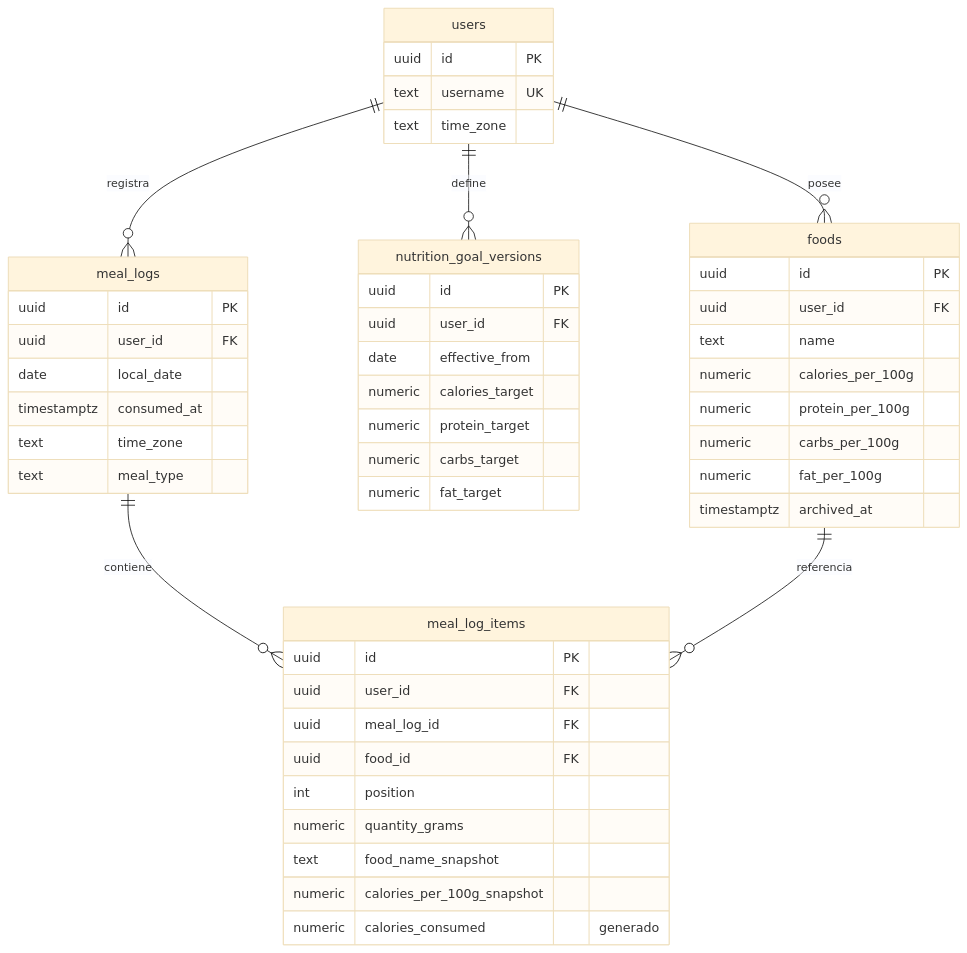
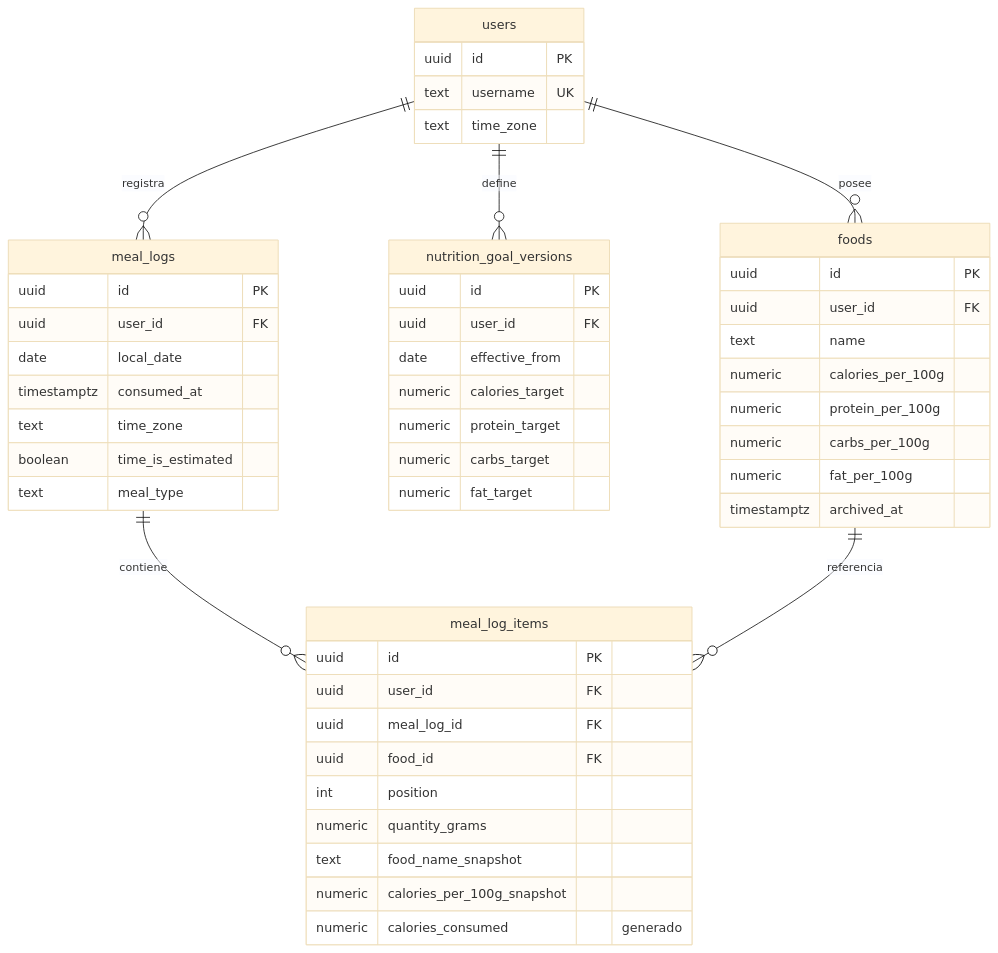
The first of 2 diagrams in docs/database/README.md (Yorye-dev/fitness-backend), drawn with Mermaid (base theme) before and after one commit. The commit also changed other lines of this file and 18 other files, not shown here.

````diff
--- a/docs/database/README.md
+++ b/docs/database/README.md
@@ -26,52 +31,53 @@
 ```mermaid
 erDiagram
     users ||--o{ foods : posee
     users ||--o{ nutrition_goal_versions : define
     users ||--o{ meal_logs : registra
     meal_logs ||--o{ meal_log_items : contiene
     foods ||--o{ meal_log_items : referencia
 
     users {
         uuid id PK
         text username UK
         text time_zone
     }
     foods {
         uuid id PK
         uuid user_id FK
         text name
         numeric calories_per_100g
         numeric protein_per_100g
         numeric carbs_per_100g
         numeric fat_per_100g
         timestamptz archived_at
     }
     nutrition_goal_versions {
         uuid id PK
         uuid user_id FK
         date effective_from
         numeric calories_target
         numeric protein_target
         numeric carbs_target
         numeric fat_target
     }
     meal_logs {
         uuid id PK
         uuid user_id FK
         date local_date
         timestamptz consumed_at
         text time_zone
+        boolean time_is_estimated
         text meal_type
     }
     meal_log_items {
         uuid id PK
         uuid user_id FK
         uuid meal_log_id FK
         uuid food_id FK
         int position
         numeric quantity_grams
         text food_name_snapshot
         numeric calories_per_100g_snapshot
         numeric calories_consumed "generado"
     }
 ```
````
